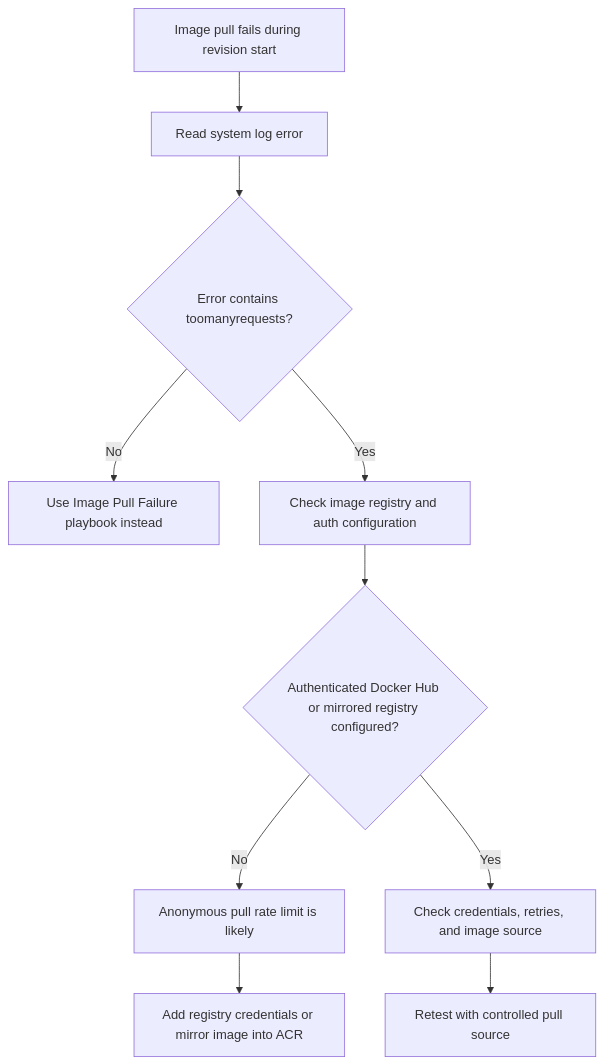
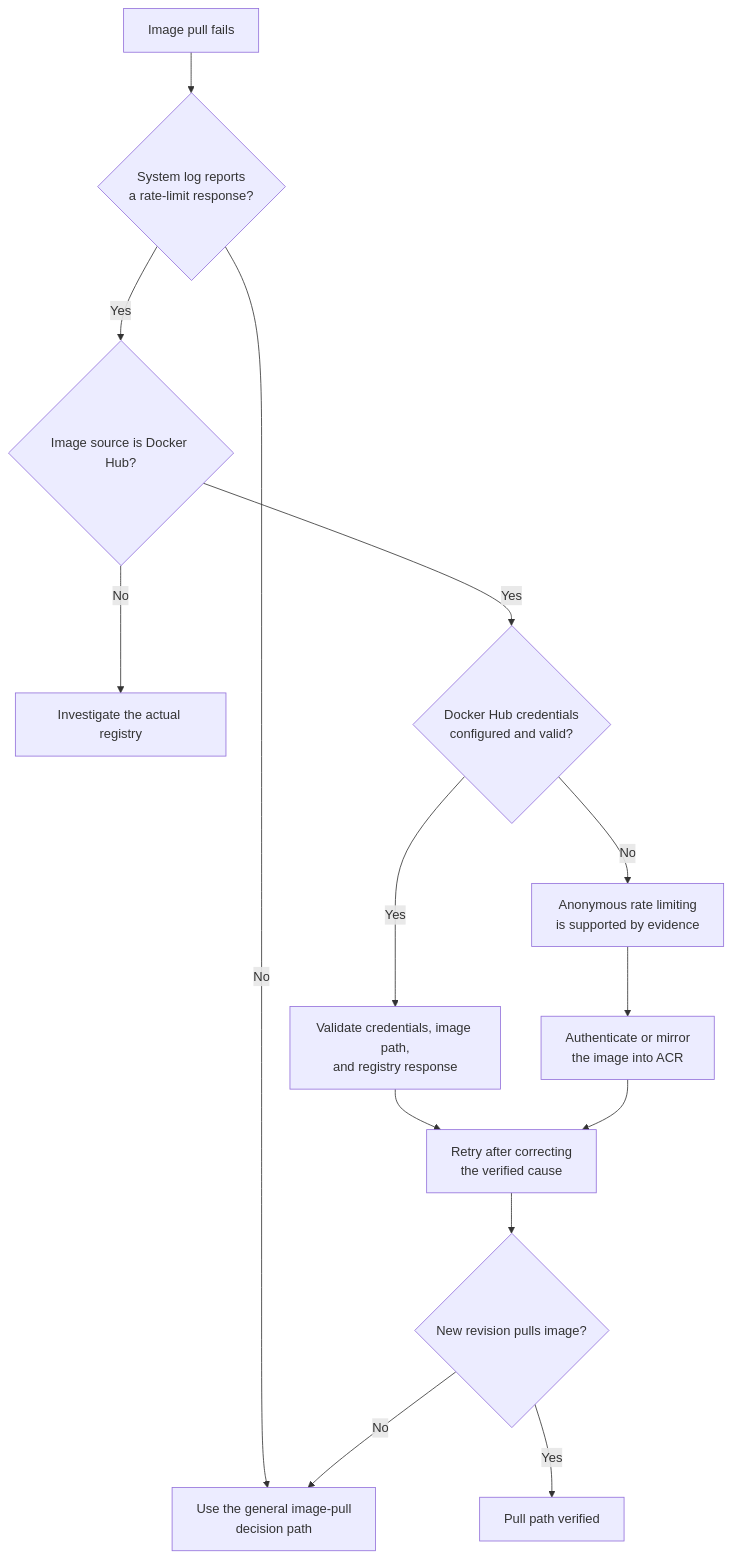
Before and after one commit to yeongseon/azure-container-apps-practical-guide: the diagram in docs/troubleshooting/playbooks/startup-and-provisioning/docker-hub-rate-limit.md, drawn with Mermaid. The commit also changed other lines of this file and 28 other files, not shown here.

Commit message:
docs(diagrams): migrate playbook diagnostic flows (#627)

````diff
--- a/docs/troubleshooting/playbooks/startup-and-provisioning/docker-hub-rate-limit.md
+++ b/docs/troubleshooting/playbooks/startup-and-provisioning/docker-hub-rate-limit.md
@@ -47,12 +47,19 @@
 ```mermaid
 flowchart TD
-    A[Image pull fails during revision start] --> B[Read system log error]
-    B --> C{Error contains toomanyrequests?}
-    C -->|No| D[Use Image Pull Failure playbook instead]
-    C -->|Yes| E[Check image registry and auth configuration]
-    E --> F{Authenticated Docker Hub or mirrored registry configured?}
-    F -->|No| G[Anonymous pull rate limit is likely]
-    F -->|Yes| H[Check credentials, retries, and image source]
-    G --> I[Add registry credentials or mirror image into ACR]
-    H --> J[Retest with controlled pull source]
+    accTitle: Classify a Docker Hub image-pull rate failure
+    accDescr: Require registry response evidence before attributing a pull failure to rate limiting, then separate anonymous access from configured credentials and verify the image through a controlled source.
+
+    START[Image pull fails] --> ERROR{System log reports<br/>a rate-limit response?}
+    ERROR -->|No| OTHER[Use the general image-pull<br/>decision path]
+    ERROR -->|Yes| SOURCE{Image source is Docker Hub?}
+    SOURCE -->|No| REGISTRY[Investigate the actual registry]
+    SOURCE -->|Yes| AUTH{Docker Hub credentials<br/>configured and valid?}
+    AUTH -->|No| ANON[Anonymous rate limiting<br/>is supported by evidence]
+    AUTH -->|Yes| CREDS[Validate credentials, image path,<br/>and registry response]
+    ANON --> MIRROR[Authenticate or mirror<br/>the image into ACR]
+    CREDS --> RETEST[Retry after correcting<br/>the verified cause]
+    MIRROR --> RETEST
+    RETEST --> PULL{New revision pulls image?}
+    PULL -->|Yes| DONE[Pull path verified]
+    PULL -->|No| OTHER
 ```
````
